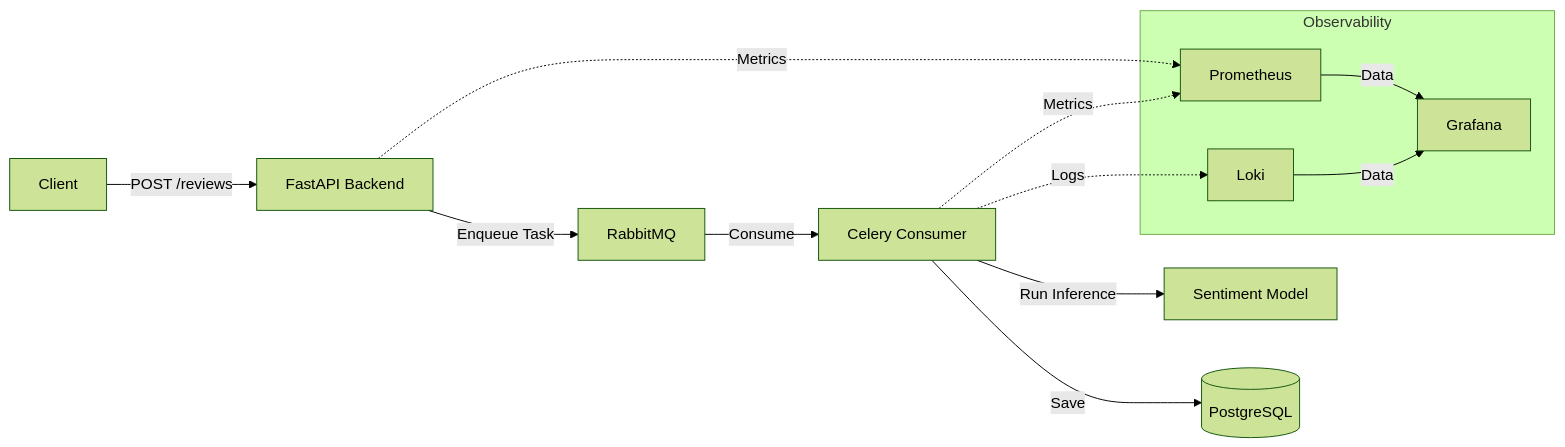
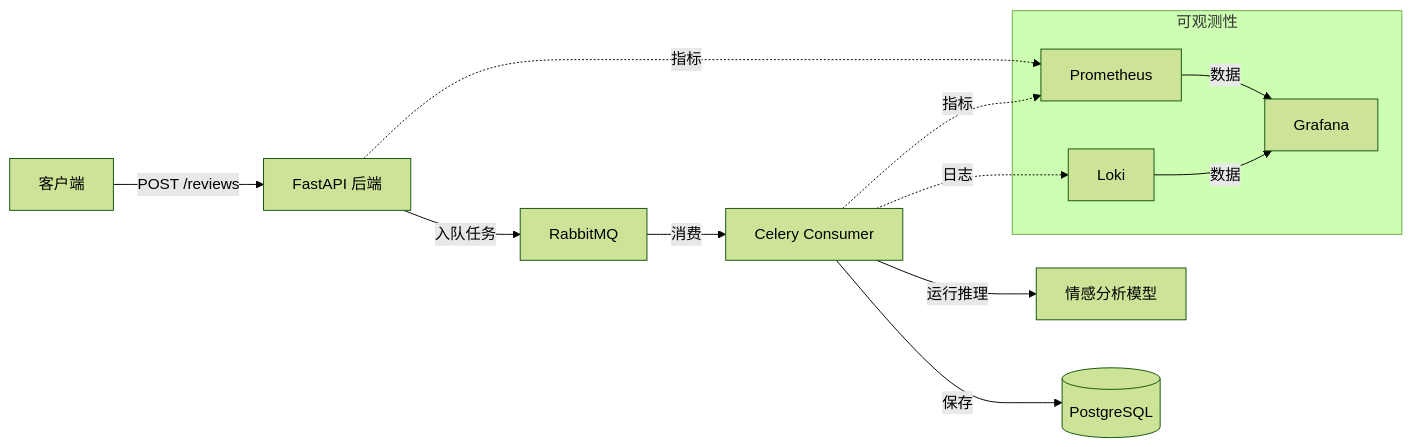
Before and after one commit to pmarangone/sentiment-analysis: the diagram in README.md, drawn with Mermaid (forest theme). The commit also changed other lines of this file, not shown here.

Commit message:
Autergon Coding Task 079e9ca5-47e8-4b17-8896-047f7dbd26ec

````diff
--- a/README.md
+++ b/README.md
@@ -20,19 +20,19 @@
 ```mermaid
 graph LR
-    User[Client] -->|POST /reviews| API[FastAPI Backend]
-    API -->|Enqueue Task| MQ[RabbitMQ]
-    MQ -->|Consume| Consumer[Celery Consumer]
-    Consumer -->|Run Inference| ML[Sentiment Model]
-    Consumer -->|Save| DB[(PostgreSQL)]
+    User[客户端] -->|POST /reviews| API[FastAPI 后端]
+    API -->|入队任务| MQ[RabbitMQ]
+    MQ -->|消费| Consumer[Celery Consumer]
+    Consumer -->|运行推理| ML[情感分析模型]
+    Consumer -->|保存| DB[(PostgreSQL)]
     
-    subgraph Observability
+    subgraph 可观测性
         Prometheus
         Loki
         Grafana
     end
     
-    API -.->|Metrics| Prometheus
-    Consumer -.->|Metrics| Prometheus
-    Consumer -.->|Logs| Loki
-    Prometheus & Loki -->|Data| Grafana
+    API -.->|指标| Prometheus
+    Consumer -.->|指标| Prometheus
+    Consumer -.->|日志| Loki
+    Prometheus & Loki -->|数据| Grafana
 ```
````
